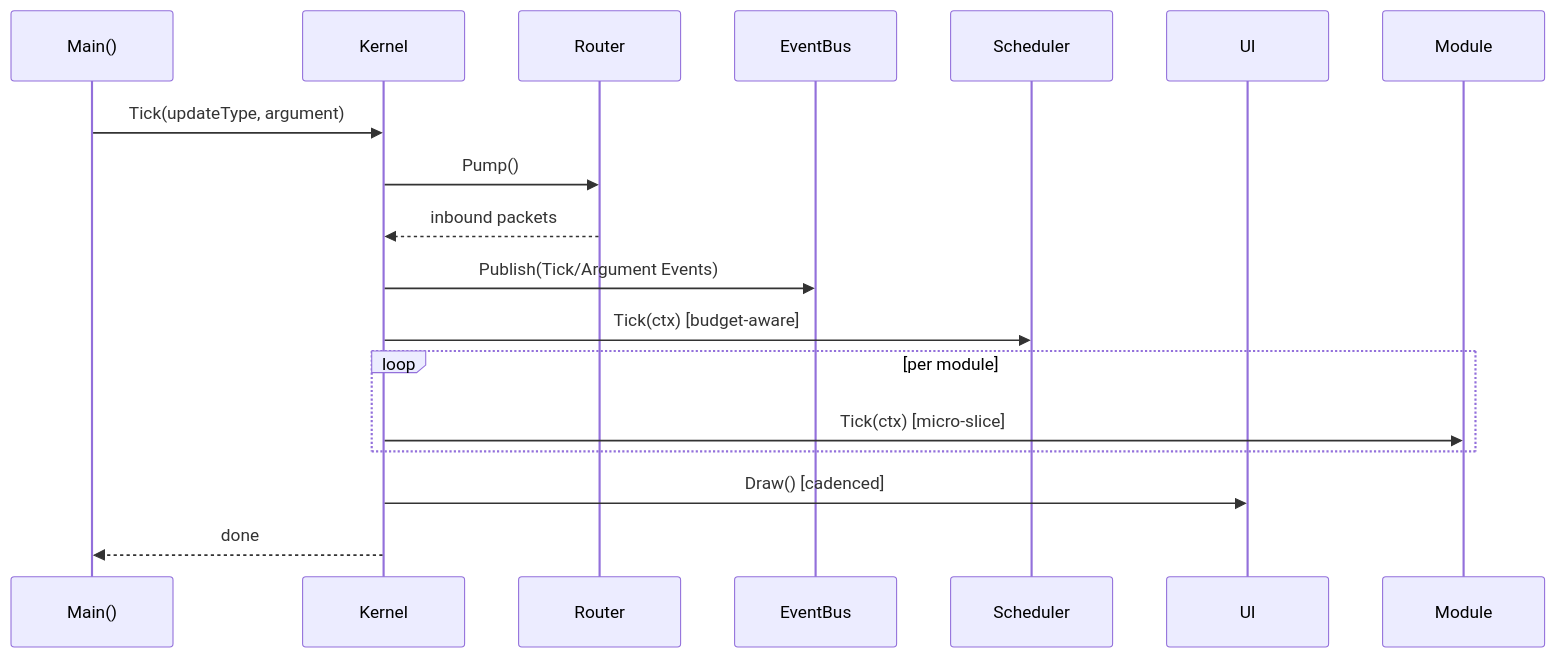
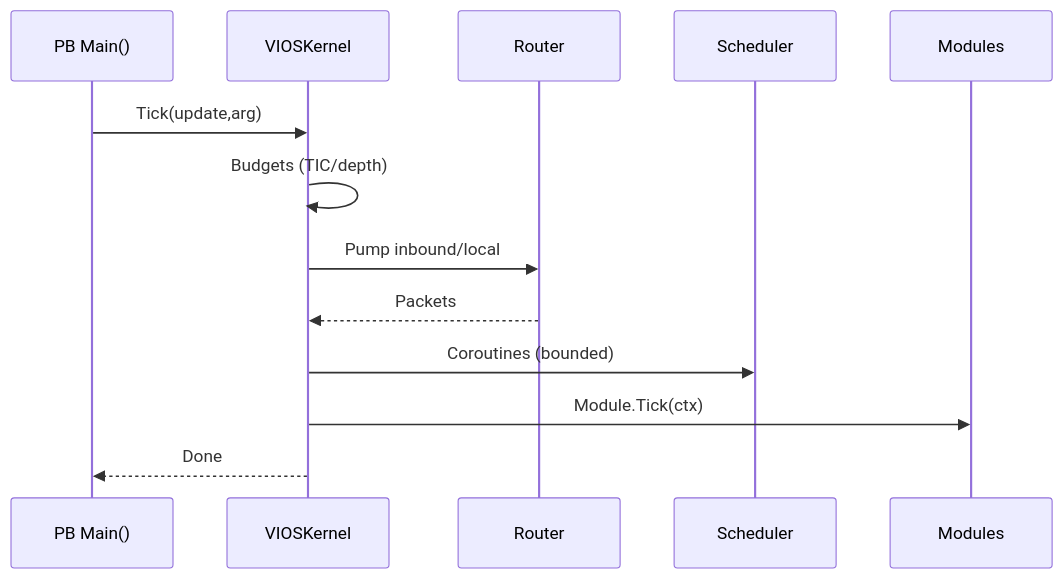
One commit to se-thorbergr/SE-VIOS-DevFramework changed the fourth of 5 diagrams in docs/architecture/VIOS-Architecture.md. Above: the diagram before and after it, drawn with Mermaid. The commit also changed other lines of this file and 4 other files, not shown here.

Commit message:
add submodules and doc validation, updated architecture

````diff
--- a/docs/architecture/VIOS-Architecture.md
+++ b/docs/architecture/VIOS-Architecture.md
@@ -451,20 +530,16 @@
 ```mermaid
 sequenceDiagram
-  participant PB as Main()
-  participant K as Kernel
+  participant PB as PB Main()
+  participant K as VIOSKernel
   participant R as Router
-  participant E as EventBus
   participant S as Scheduler
-  participant U as UI
+  participant M as Modules
 
-  PB->>K: Tick(updateType, argument)
-  K->>R: Pump()
-  R-->>K: inbound packets
-  K->>E: Publish(Tick/Argument Events)
-  K->>S: Tick(ctx) [budget-aware]
-  loop per module
-    K->>Module: Tick(ctx) [micro-slice]
-  end
-  K->>U: Draw() [cadenced]
-  K-->>PB: done
+  PB->>K: Tick(update,arg)
+  K->>K: Budgets (TIC/depth)
+  K->>R: Pump inbound/local
+  R-->>K: Packets
+  K->>S: Coroutines (bounded)
+  K->>M: Module.Tick(ctx)
+  K-->>PB: Done
 ```
````
